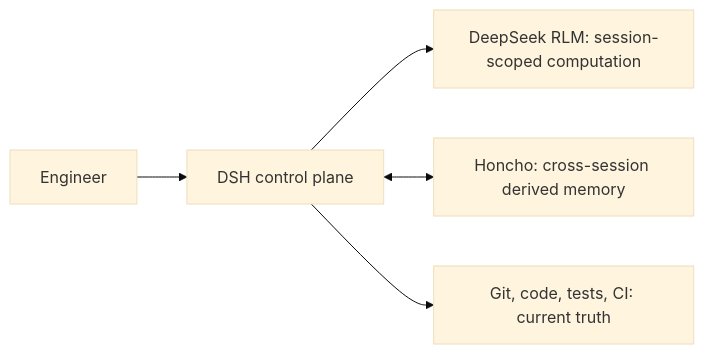
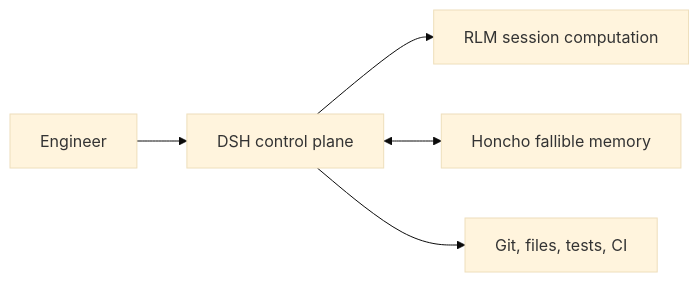
Before and after one commit to OpenCnid/deepseek-honcho: the diagram in README.md, drawn with Mermaid (base theme). The commit also changed other lines of this file and 72 other files, not shown here.

First line of the commit message:
Implement DeepSeek Honcho memory integration (#3)

````diff
--- a/README.md
+++ b/README.md
@@ -18,7 +54,7 @@
 ```mermaid
 flowchart LR
     user["Engineer"] --> dsh["DSH control plane"]
-    dsh --> rlm["DeepSeek RLM: session-scoped computation"]
-    dsh <--> honcho["Honcho: cross-session derived memory"]
-    dsh --> git["Git, code, tests, CI: current truth"]
+    dsh --> rlm["RLM session computation"]
+    dsh <--> honcho["Honcho fallible memory"]
+    dsh --> truth["Git, files, tests, CI"]
 ```
````
